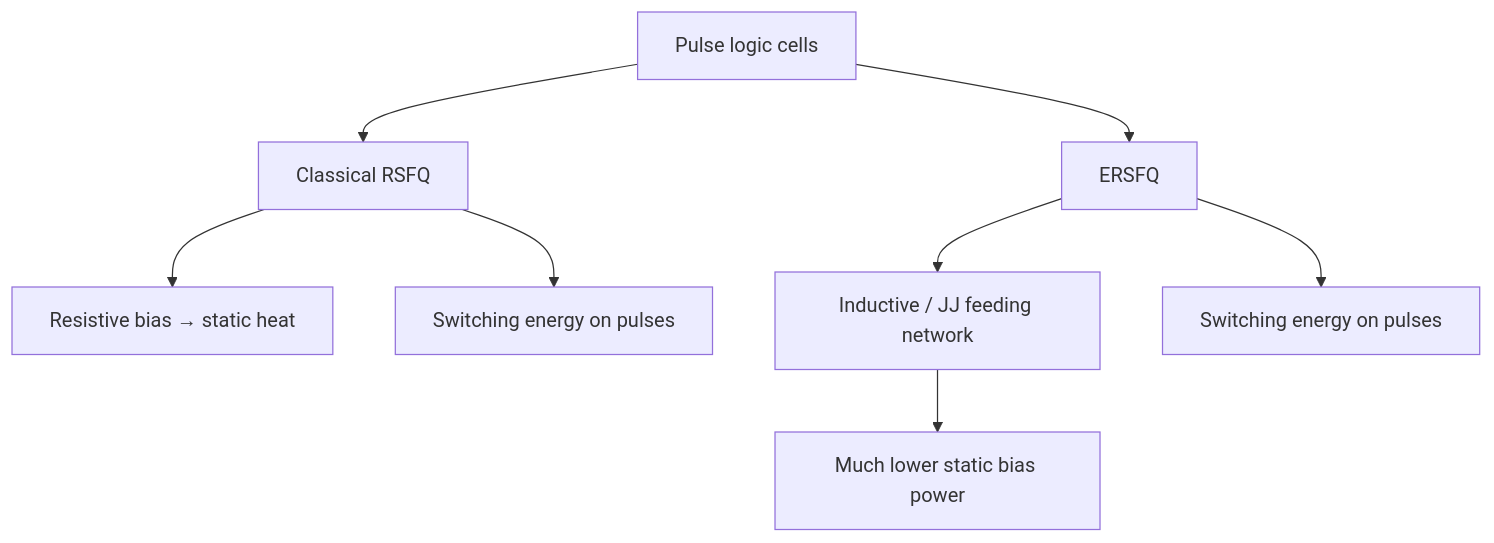
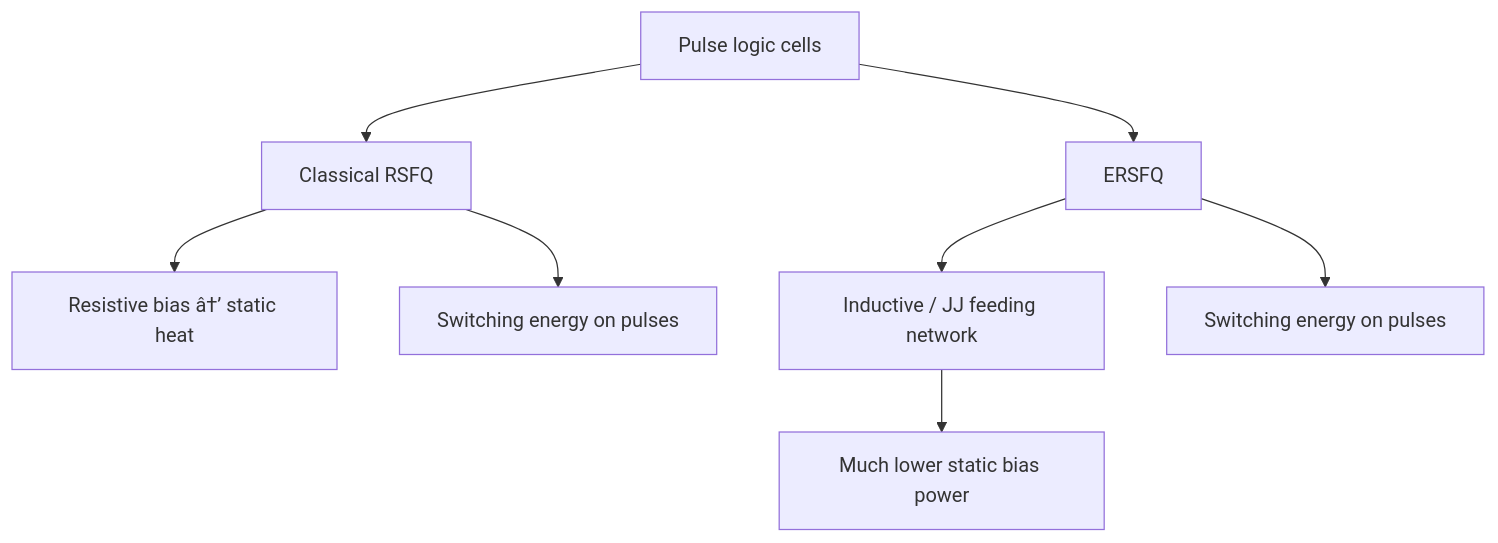
The first of 2 diagrams in docs/concepts/ersfq-logic.md (Single-Flux-Quantum/sfq-learn-public), drawn with Mermaid before and after one commit. The commit also changed other lines of this file and 41 other files, not shown here.

````diff
--- a/docs/concepts/ersfq-logic.md
+++ b/docs/concepts/ersfq-logic.md
@@ -46,10 +46,10 @@
 ```mermaid
 flowchart TD
   Pulse[Pulse logic cells] --> RSFQ[Classical RSFQ]
   Pulse --> ERSFQ[ERSFQ]
-  RSFQ --> Rb[Resistive bias → static heat]
+  RSFQ --> Rb[Resistive bias â†’ static heat]
   ERSFQ --> Feed[Inductive / JJ feeding network]
   Feed --> Win[Much lower static bias power]
   RSFQ --> Sw1[Switching energy on pulses]
   ERSFQ --> Sw2[Switching energy on pulses]
 ```
````
